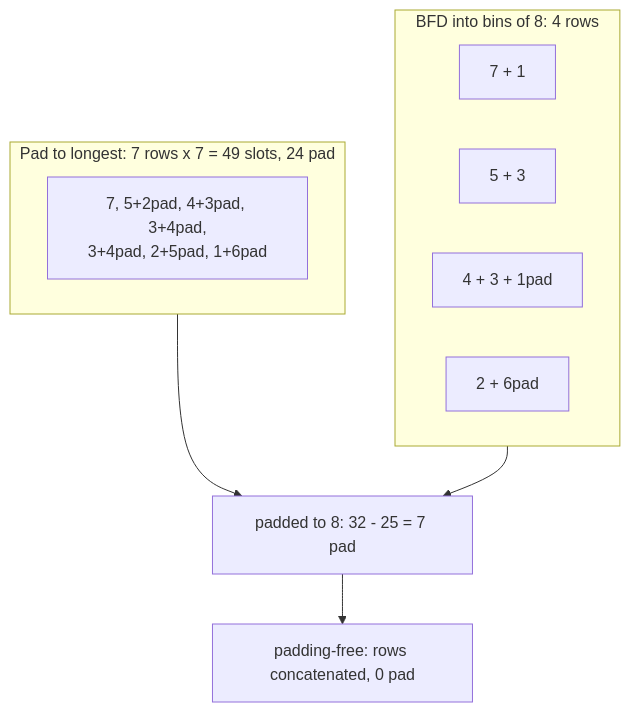
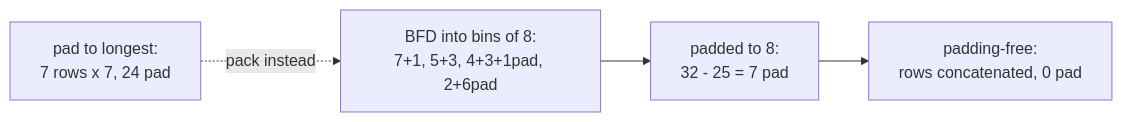
Before and after one commit to alliedbrother/ml-interview-notes: the diagram in content/courses/finetuning/05-supervised-fine-tuning.md, drawn with Mermaid. The commit also changed other lines of this file and 47 other files, not shown here.

````diff
--- a/content/courses/finetuning/05-supervised-fine-tuning.md
+++ b/content/courses/finetuning/05-supervised-fine-tuning.md
@@ -328,15 +286,6 @@
 ```mermaid
-flowchart TD
-    subgraph Naive["Pad to longest: 7 rows x 7 = 49 slots, 24 pad"]
-        N["7, 5+2pad, 4+3pad, 3+4pad,<br/>3+4pad, 2+5pad, 1+6pad"]
-    end
-    subgraph BFD["BFD into bins of 8: 4 rows"]
-        B1["7 + 1"]
-        B2["5 + 3"]
-        B3["4 + 3 + 1pad"]
-        B4["2 + 6pad"]
-    end
-    Naive --> P["padded to 8: 32 - 25 = 7 pad"]
-    BFD --> P
-    P --> F["padding-free: rows concatenated, 0 pad"]
+flowchart LR
+    N["pad to longest:<br/>7 rows x 7, 24 pad"] -. "pack instead" .-> B["BFD into bins of 8:<br/>7+1, 5+3, 4+3+1pad, 2+6pad"]
+    B --> P["padded to 8:<br/>32 - 25 = 7 pad"]
+    P --> F["padding-free:<br/>rows concatenated, 0 pad"]
 ```
````
